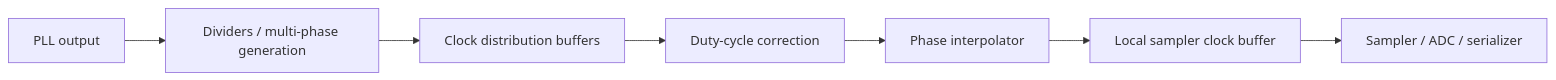
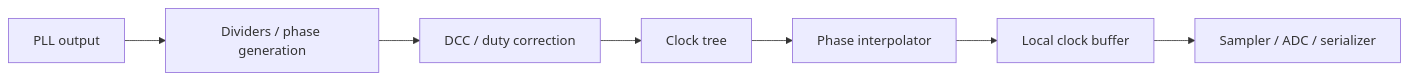
Before and after one commit to uopuwe/Second_Brain: the third of 8 diagrams in 01_AnalogIC_SerDes/PLL_CDR_Clocking/pll_phase_noise_jitter.md, drawn with Mermaid. The commit also changed other lines of this file and 21 other files, not shown here.

Commit message:
combined phase_noise_jitter and pll_phase_noise_jitter

````diff
--- a/01_AnalogIC_SerDes/PLL_CDR_Clocking/pll_phase_noise_jitter.md
+++ b/01_AnalogIC_SerDes/PLL_CDR_Clocking/pll_phase_noise_jitter.md
@@ -371,9 +362,9 @@
 ```mermaid
 flowchart LR
-  PLL[PLL output] --> DIV[Dividers / multi-phase generation]
-  DIV --> BUF[Clock distribution buffers]
-  BUF --> DCC[Duty-cycle correction]
-  DCC --> PI[Phase interpolator]
-  PI --> LBUF[Local sampler clock buffer]
-  LBUF --> LOAD[Sampler / ADC / serializer]
+  PLL[PLL output] --> DIV[Dividers / phase generation]
+  DIV --> DCC[DCC / duty correction]
+  DCC --> TREE[Clock tree]
+  TREE --> PI[Phase interpolator]
+  PI --> LBUF[Local clock buffer]
+  LBUF --> SAM[Sampler / ADC / serializer]
 ```
````
